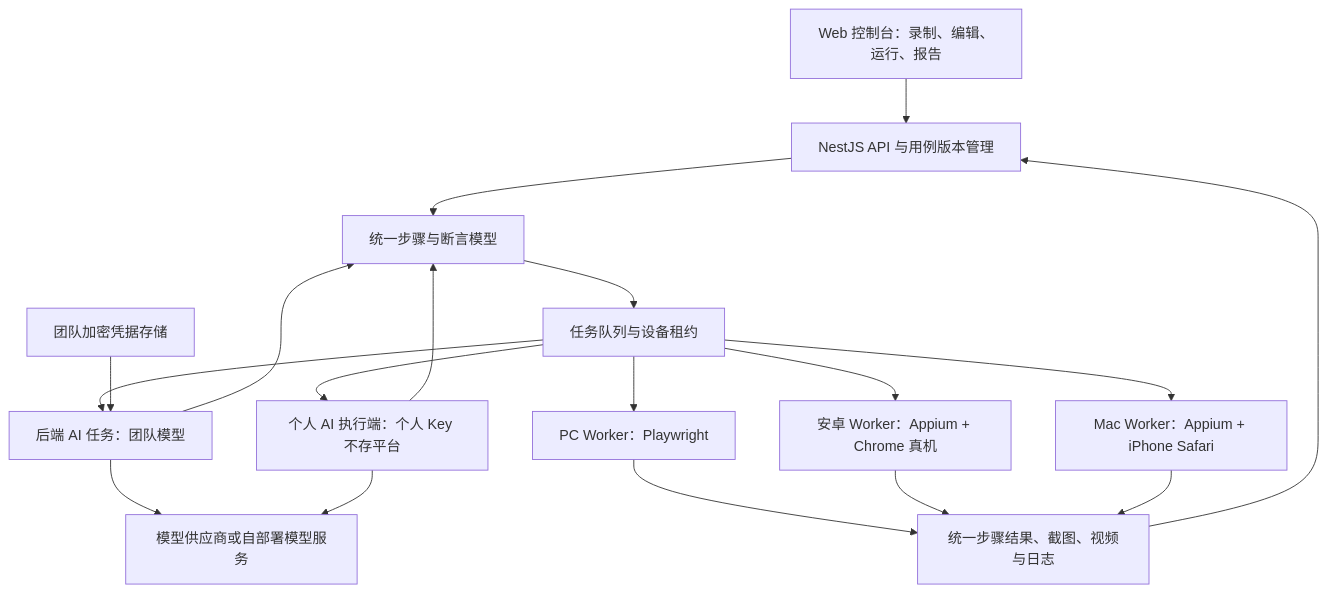
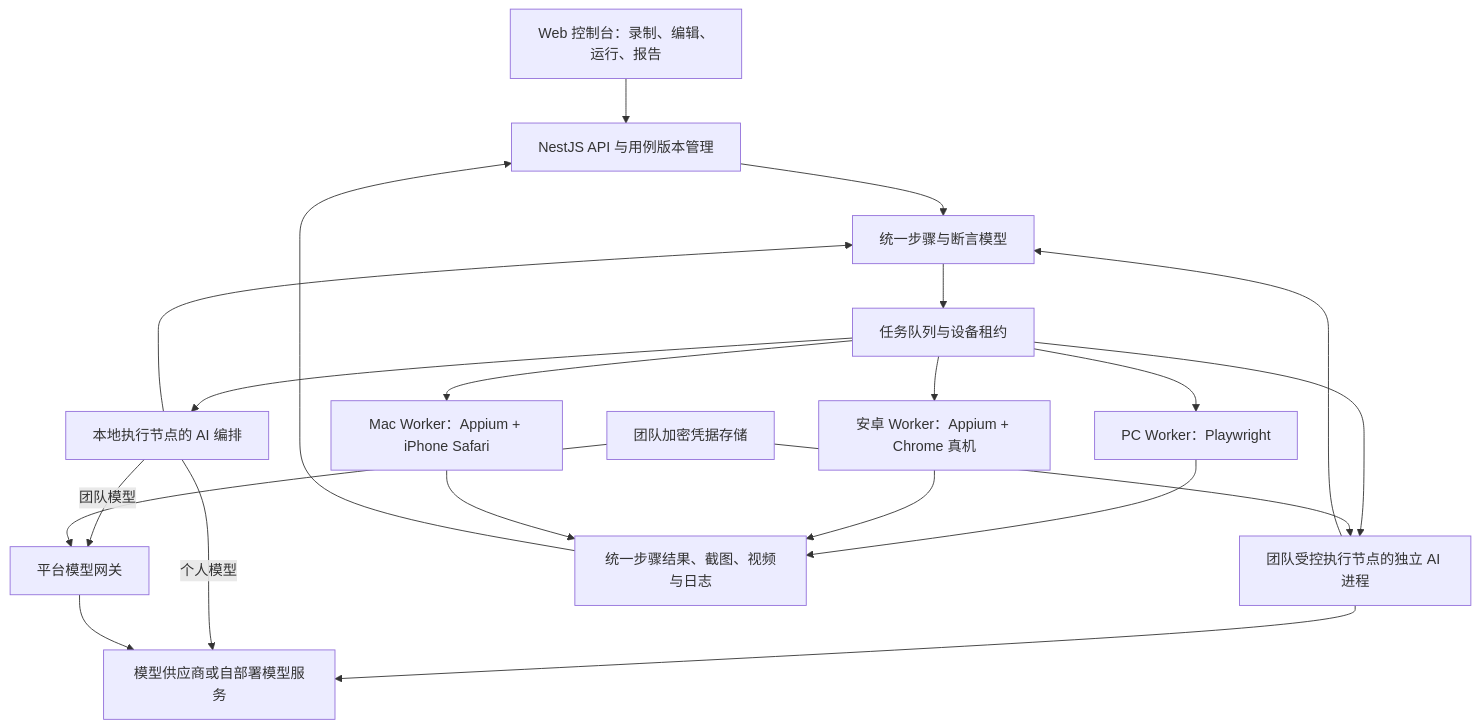
One commit to illusionGD/riqvo changed the diagram in docs/research/web-test-platform.md. Above: the diagram before and after it, drawn with Mermaid. The commit also changed other lines of this file and 58 other files, not shown here.

````diff
--- a/docs/research/web-test-platform.md
+++ b/docs/research/web-test-platform.md
@@ -66,20 +66,23 @@
 ```mermaid
 flowchart TD
   UI[Web 控制台：录制、编辑、运行、报告] --> API[NestJS API 与用例版本管理]
-  QUEUE --> TEAM_AI[后端 AI 任务：团队模型]
+  QUEUE --> TEAM_AI[团队受控执行节点的独立 AI 进程]
   TEAM_KEYS[团队加密凭据存储] --> TEAM_AI
-  QUEUE --> PERSONAL_AI[个人 AI 执行端：个人 Key 不存平台]
+  QUEUE --> PERSONAL_AI[本地执行节点的 AI 编排]
   TEAM_AI --> LLM[模型供应商或自部署模型服务]
-  PERSONAL_AI --> LLM
+  PERSONAL_AI -- 个人模型 --> LLM
+  PERSONAL_AI -- 团队模型 --> GATEWAY[平台模型网关]
+  TEAM_KEYS --> GATEWAY
+  GATEWAY --> LLM
   TEAM_AI --> MODEL[统一步骤与断言模型]
   PERSONAL_AI --> MODEL
   API --> MODEL
   MODEL --> QUEUE[任务队列与设备租约]
   QUEUE --> PW[PC Worker：Playwright]
   QUEUE --> AND[安卓 Worker：Appium + Chrome 真机]
   QUEUE --> IOS[Mac Worker：Appium + iPhone Safari]
   PW --> RESULT[统一步骤结果、截图、视频与日志]
   AND --> RESULT
   IOS --> RESULT
   RESULT --> API
 ```
````
